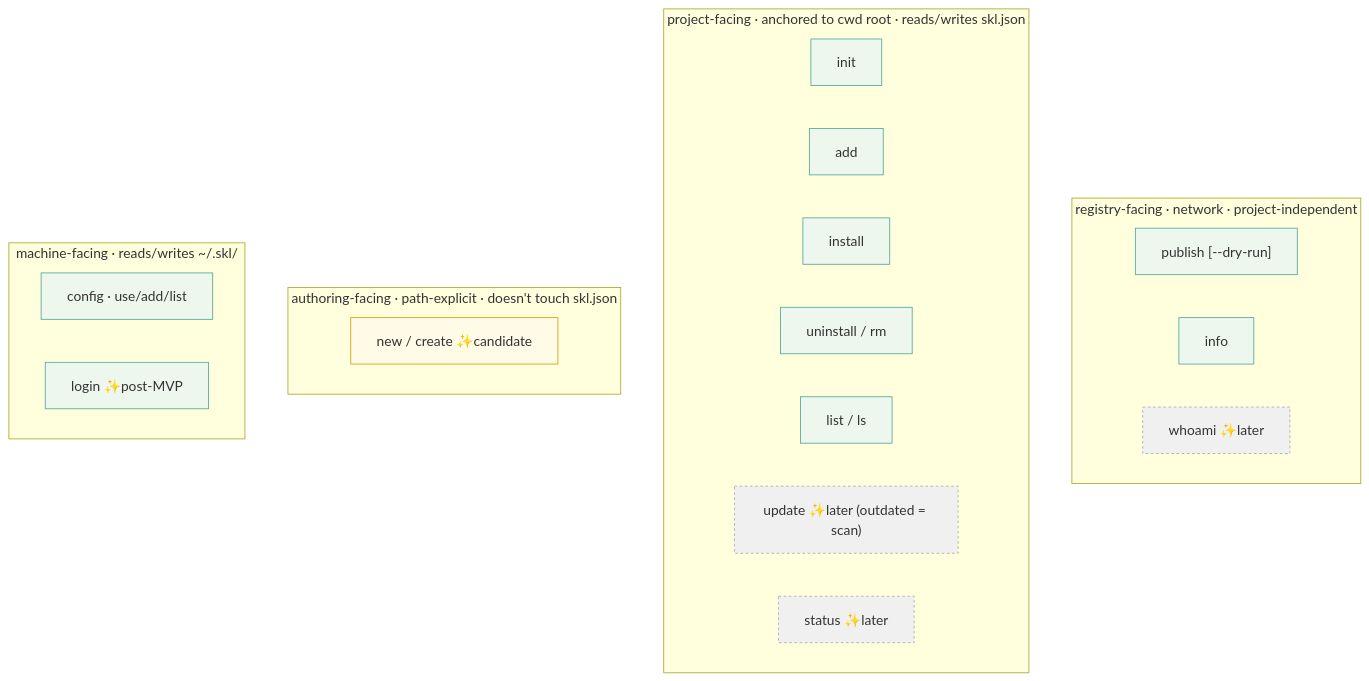
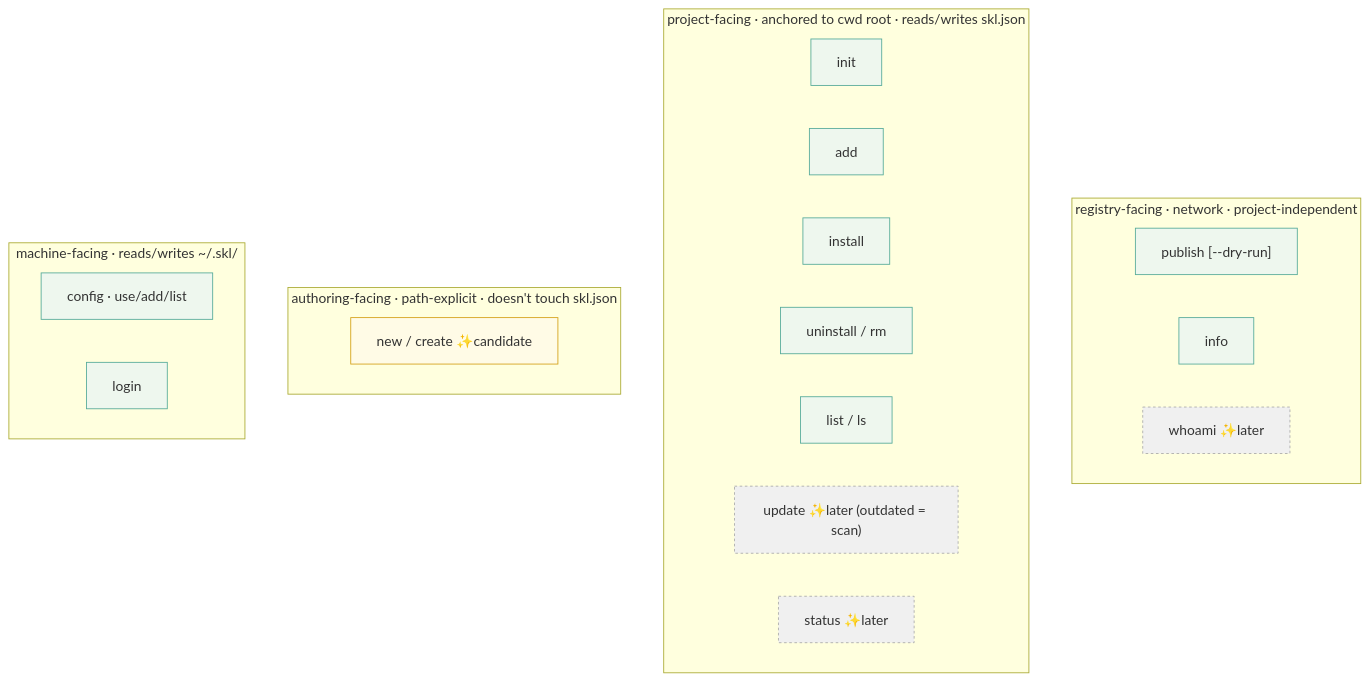
Before and after one commit to loopdoop/skl-skill: the first of 3 diagrams in docs/reference/cli.md, drawn with Mermaid. The commit also changed other lines of this file, not shown here.

First line of the commit message:
Drop the MVP framing from the CLI reference — skl is a released product

````diff
--- a/docs/reference/cli.md
+++ b/docs/reference/cli.md
@@ -86,31 +82,31 @@
 ```mermaid
 flowchart TB
     subgraph reg["registry-facing · network · project-independent"]
         PUB["publish [--dry-run]"]
         INFO["info"]
         WHO["whoami ✨later"]
     end
     subgraph proj["project-facing · anchored to cwd root · reads/writes skl.json"]
         INIT["init"]
         ADD["add"]
         INST["install"]
         RM["uninstall / rm"]
         LS["list / ls"]
         UPD["update ✨later (outdated = scan)"]
         STAT["status ✨later"]
     end
     subgraph auth["authoring-facing · path-explicit · doesn't touch skl.json"]
         NEW["new / create ✨candidate"]
     end
     subgraph mach["machine-facing · reads/writes ~/.skl/"]
         CFG["config · use/add/list"]
-        LOGIN["login ✨post-MVP"]
+        LOGIN["login"]
     end
 
     classDef done fill:#eef7ee,stroke:#5a9;
     classDef cand fill:#fffbe6,stroke:#d4a017;
     classDef park fill:#f0f0f0,stroke:#aaa,stroke-dasharray:3 3;
     class INIT,ADD,INST,RM,INFO,PUB,LS,CFG,LOGIN done;
     class NEW cand;
     class WHO,UPD,STAT park;
 ```
````
